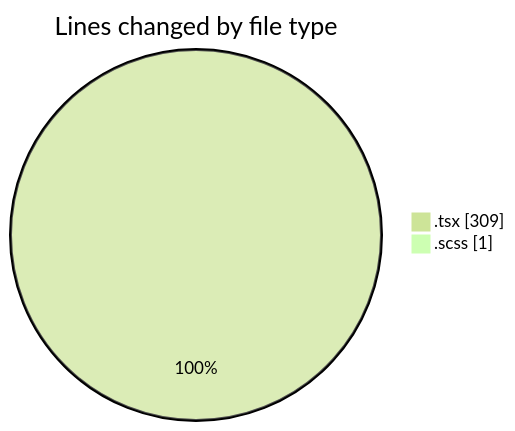
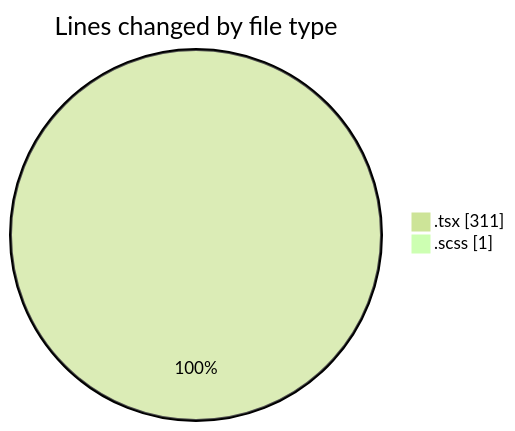
Before and after one commit to momahboobian/code-tracking: the first of 2 diagrams in 2025-03-19/cda/README.md, drawn with Mermaid (forest theme). The commit also changed other lines of this file and 1 other file, not shown here.

````diff
--- a/2025-03-19/cda/README.md
+++ b/2025-03-19/cda/README.md
@@ -23,6 +23,6 @@
 ```mermaid
 pie showData
 title Lines changed by file type
-".tsx" : 309
+".tsx" : 311
 ".scss" : 1
 ```
````
